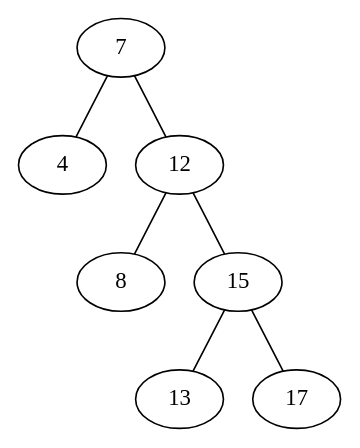
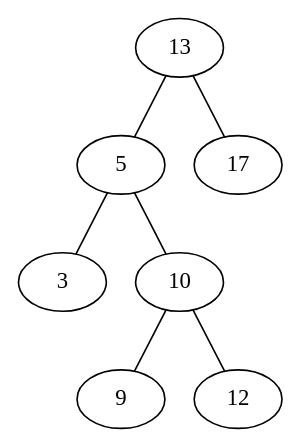
One commit to patrickToca/gotree changed the diagram in tree/avlviz/avl17.dot. Above: the diagram before and after it, drawn with Graphviz. The commit also changed 9 other files, not shown here.

```diff
--- a/tree/avlviz/avl17.dot
+++ b/tree/avlviz/avl17.dot
@@ -1,8 +1,8 @@
 graph tree {
-	7 -- 4
-	7 -- 12
-	12 -- 8
-	12 -- 15
-	15 -- 13
-	15 -- 17
+	13 -- 5
+	13 -- 17
+	5 -- 3
+	5 -- 10
+	10 -- 9
+	10 -- 12
 }
```
